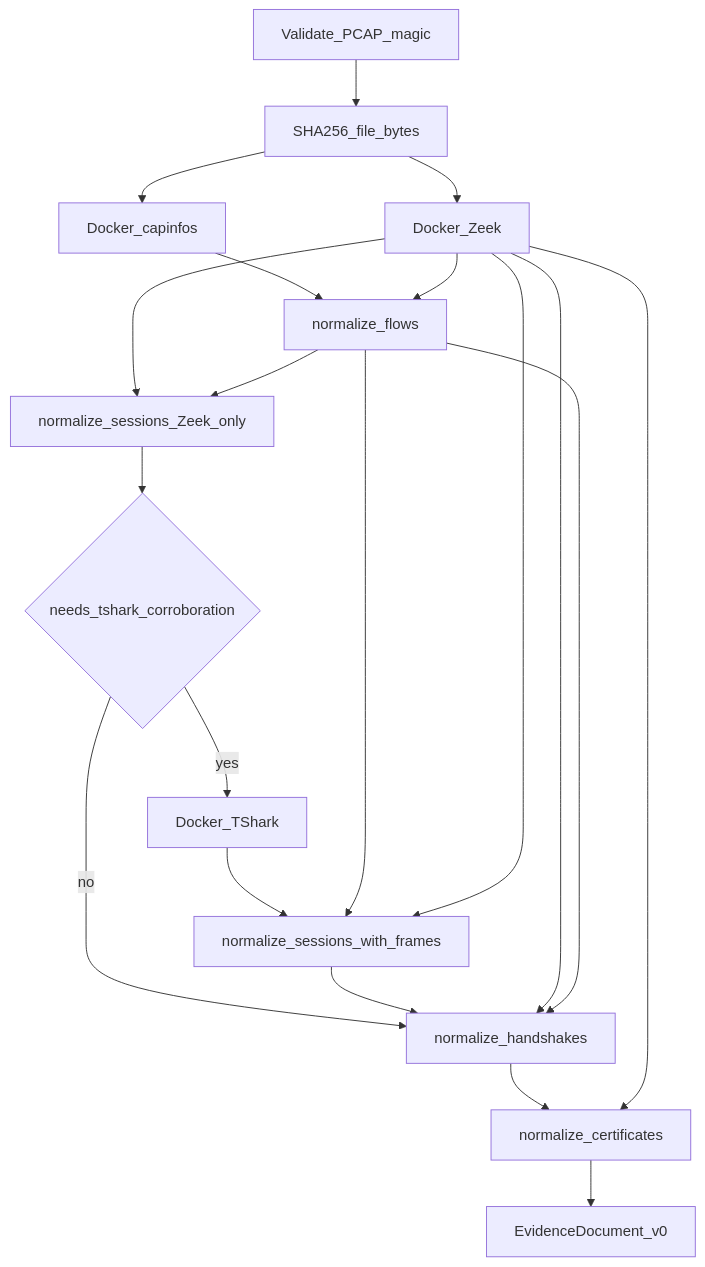
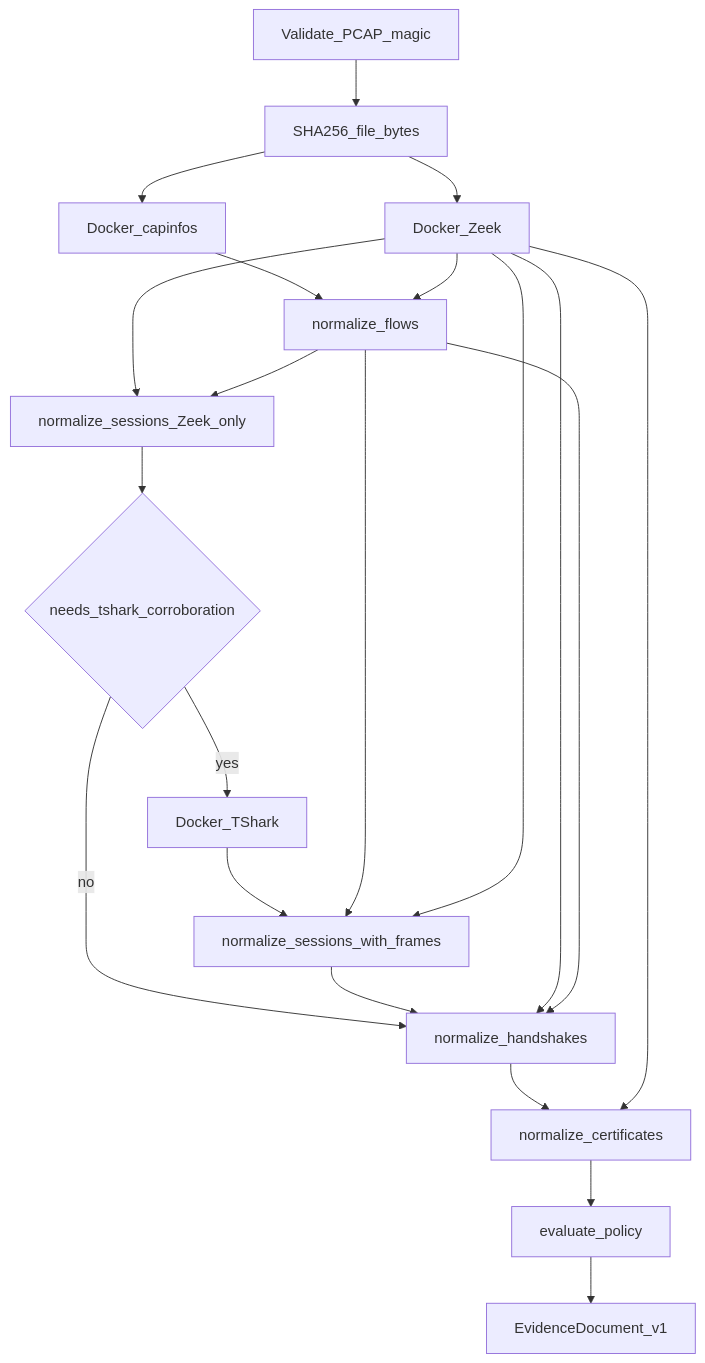
One commit to piyushk6626/SecureMail changed the diagram in docs/pipeline.md. Above: the diagram before and after it, drawn with Mermaid. The commit also changed other lines of this file and 130 other files, not shown here.

````diff
--- a/docs/pipeline.md
+++ b/docs/pipeline.md
@@ -7,34 +7,36 @@
 ```mermaid
 flowchart TD
   intake[Validate_PCAP_magic]
   hash[SHA256_file_bytes]
   pre[Docker_capinfos]
   zeek[Docker_Zeek]
   flows[normalize_flows]
   sess1[normalize_sessions_Zeek_only]
   gate{needs_tshark_corroboration}
   tshark[Docker_TShark]
   sess2[normalize_sessions_with_frames]
   hs[normalize_handshakes]
   certs[normalize_certificates]
-  out[EvidenceDocument_v0]
+  policy[evaluate_policy]
+  out[EvidenceDocument_v1]
   intake --> hash
   hash --> pre
   hash --> zeek
   pre --> flows
   zeek --> flows
   zeek --> sess1
   flows --> sess1
   sess1 --> gate
   gate -->|no| hs
   gate -->|yes| tshark
   tshark --> sess2
   flows --> sess2
   zeek --> sess2
   sess2 --> hs
   zeek --> hs
   flows --> hs
   hs --> certs
   zeek --> certs
-  certs --> out
+  certs --> policy
+  policy --> out
 ```
````
